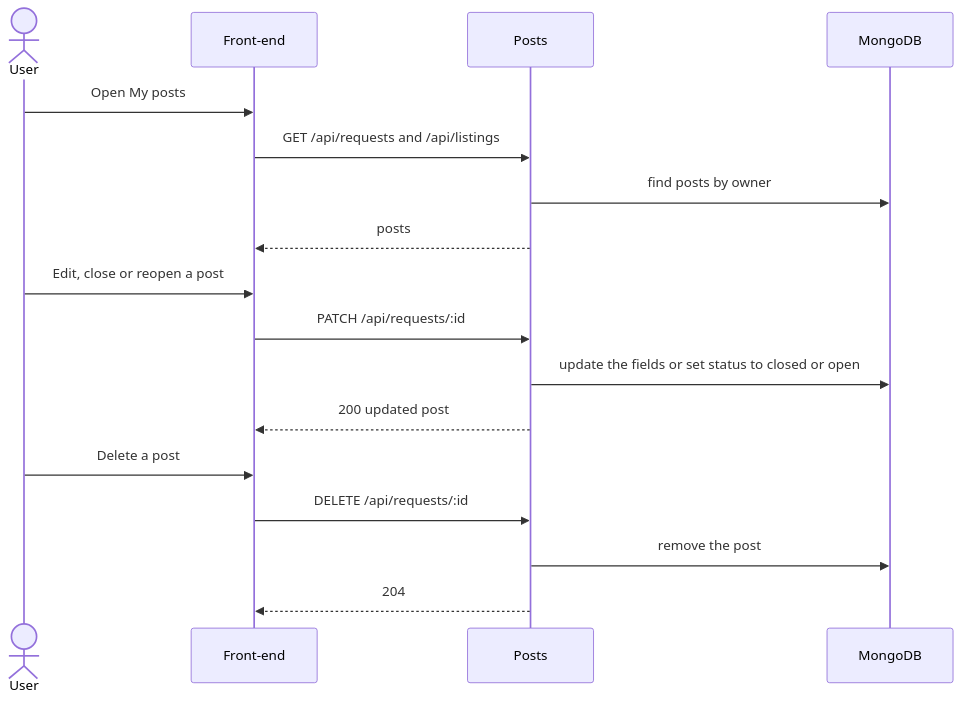
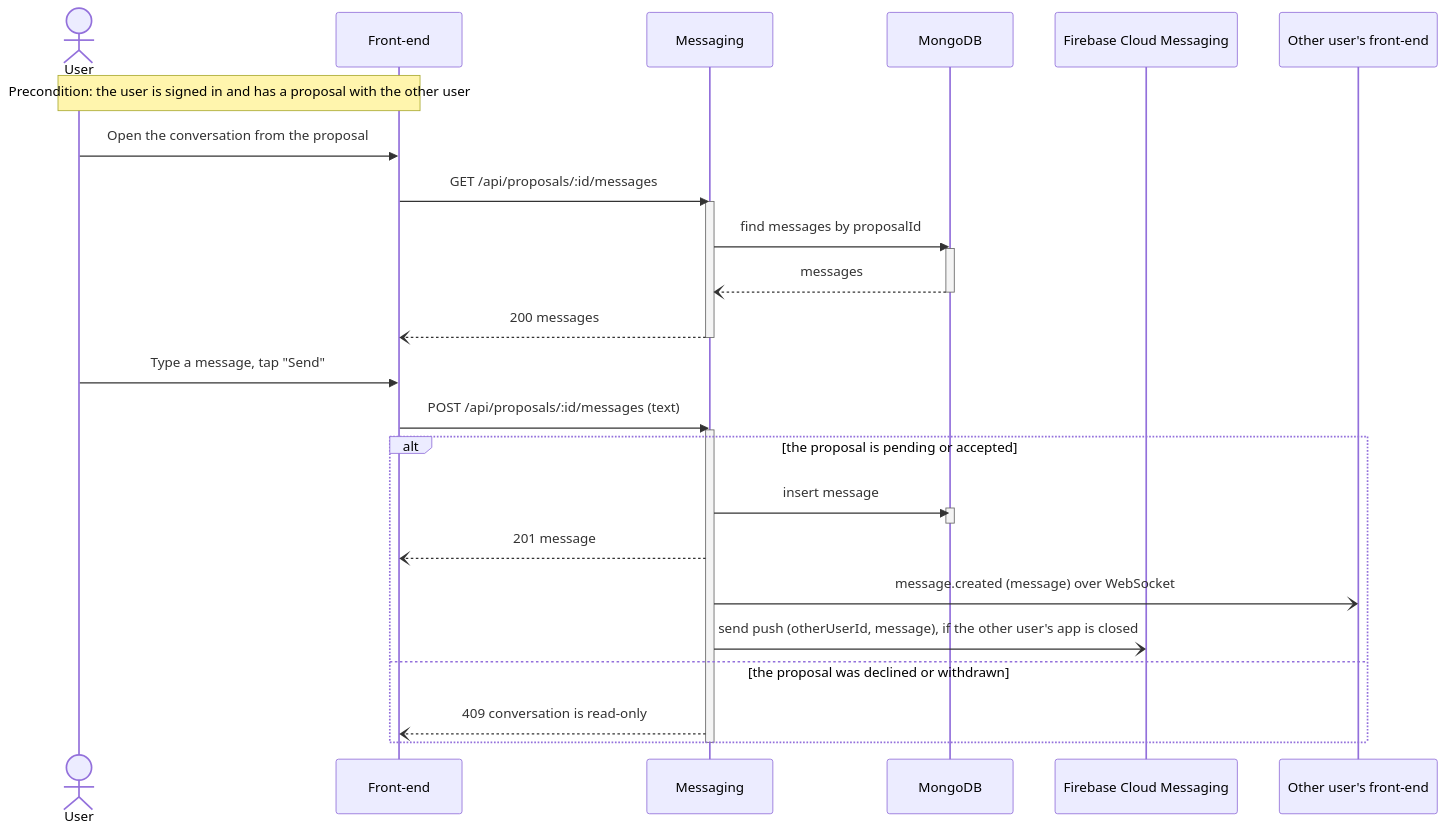
One commit to m1lun/m1skeletonProject changed the fifth of 6 diagrams in documentation/Requirements_and_Design.md. Above: the diagram before and after it, drawn with Mermaid. The commit also changed other lines of this file and 3 other files, not shown here.

First line of the commit message:
docs: align requirements and design diagrams with the use cases and components

````diff
--- a/documentation/Requirements_and_Design.md
+++ b/documentation/Requirements_and_Design.md
@@ -486,19 +592,33 @@
 ```mermaid
 sequenceDiagram
     actor U as User
     participant FE as Front-end
-    participant P as Posts
+    participant MS as Messaging
     participant DB as MongoDB
-    U->>FE: Open My posts
-    FE->>P: GET /api/requests and /api/listings
-    P->>DB: find posts by owner
-    P-->>FE: posts
-    U->>FE: Edit, close or reopen a post
-    FE->>P: PATCH /api/requests/:id
-    P->>DB: update the fields or set status to closed or open
-    P-->>FE: 200 updated post
-    U->>FE: Delete a post
-    FE->>P: DELETE /api/requests/:id
-    P->>DB: remove the post
-    P-->>FE: 204
+    participant FCM as Firebase Cloud Messaging
+    participant O as Other user's front-end
+    Note over U,FE: Precondition: the user is signed in and has a proposal with the other user
+    U->>FE: Open the conversation from the proposal
+    FE->>MS: GET /api/proposals/:id/messages
+    activate MS
+    MS->>DB: find messages by proposalId
+    activate DB
+    DB--)MS: messages
+    deactivate DB
+    MS--)FE: 200 messages
+    deactivate MS
+    U->>FE: Type a message, tap "Send"
+    FE->>MS: POST /api/proposals/:id/messages (text)
+    activate MS
+    alt the proposal is pending or accepted
+        MS->>DB: insert message
+        activate DB
+        deactivate DB
+        MS--)FE: 201 message
+        MS-)O: message.created (message) over WebSocket
+        MS-)FCM: send push (otherUserId, message), if the other user's app is closed
+    else the proposal was declined or withdrawn
+        MS--)FE: 409 conversation is read-only
+    end
+    deactivate MS
 ```
````
